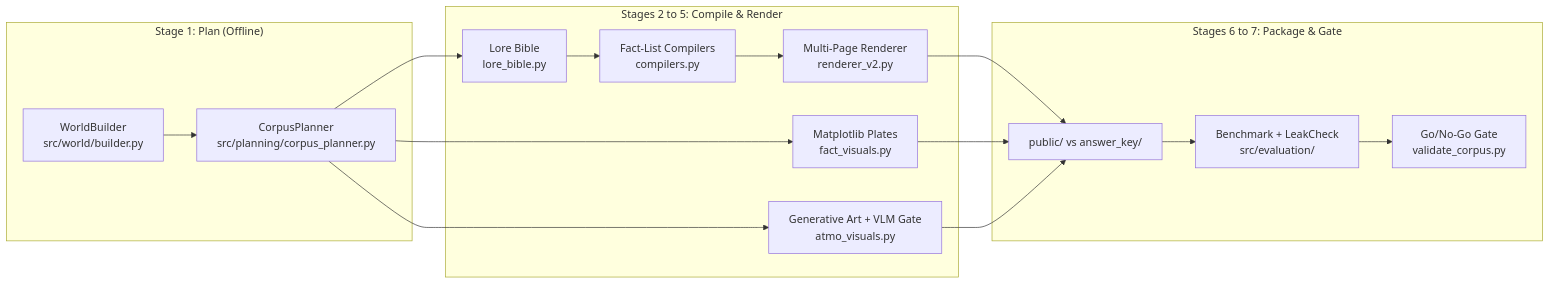
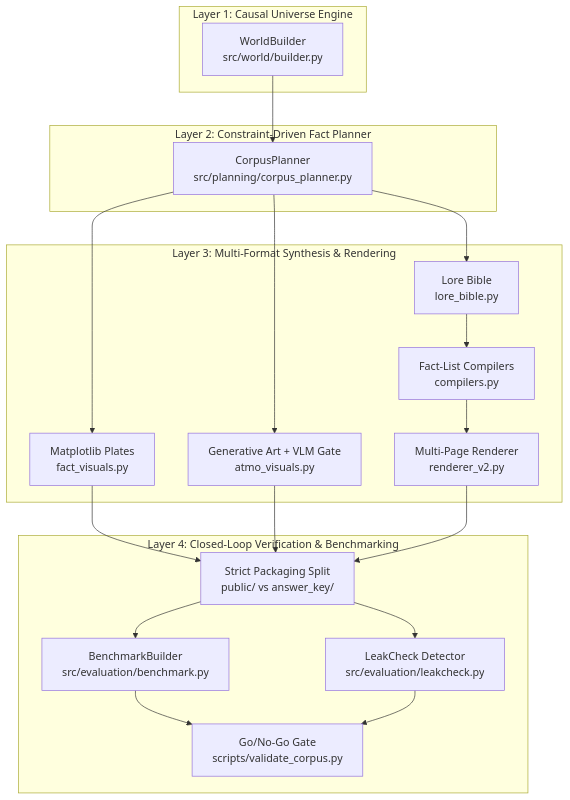
The first of 2 diagrams in README.md (NavinYP/synthlore), drawn with Mermaid before and after one commit. The commit also changed other lines of this file, not shown here.

Commit message:
docs: reframe README around Synthlore and 4-layer architecture

````diff
--- a/README.md
+++ b/README.md
@@ -31,32 +31,50 @@
 ```mermaid
-flowchart LR
-    subgraph S1["Stage 1: Plan (Offline)"]
-        WB["WorldBuilder\nsrc/world/builder.py"] --> CP["CorpusPlanner\nsrc/planning/corpus_planner.py"]
+flowchart TD
+    subgraph L1["Layer 1: Causal Universe Engine"]
+        WB["WorldBuilder\nsrc/world/builder.py"]
     end
 
-    subgraph S2["Stages 2 to 5: Compile & Render"]
-        CP --> LB["Lore Bible\nlore_bible.py"]
-        LB --> CC["Fact-List Compilers\ncompilers.py"]
-        CP --> FV["Matplotlib Plates\nfact_visuals.py"]
-        CP --> AV["Generative Art + VLM Gate\natmo_visuals.py"]
-        CC --> RV2["Multi-Page Renderer\nrenderer_v2.py"]
+    subgraph L2["Layer 2: Constraint-Driven Fact Planner"]
+        CP["CorpusPlanner\nsrc/planning/corpus_planner.py"]
     end
 
-    subgraph S3["Stages 6 to 7: Package & Gate"]
-        RV2 --> PKG["public/ vs answer_key/"]
-        FV --> PKG
-        AV --> PKG
-        PKG --> BB["Benchmark + LeakCheck\nsrc/evaluation/"]
-        BB --> VAL["Go/No-Go Gate\nvalidate_corpus.py"]
+    subgraph L3["Layer 3: Multi-Format Synthesis & Rendering"]
+        LB["Lore Bible\nlore_bible.py"]
+        CC["Fact-List Compilers\ncompilers.py"]
+        FV["Matplotlib Plates\nfact_visuals.py"]
+        AV["Generative Art + VLM Gate\natmo_visuals.py"]
+        RV2["Multi-Page Renderer\nrenderer_v2.py"]
     end
+
+    subgraph L4["Layer 4: Closed-Loop Verification & Benchmarking"]
+        PKG["Strict Packaging Split\npublic/ vs answer_key/"]
+        BB["BenchmarkBuilder\nsrc/evaluation/benchmark.py"]
+        LC["LeakCheck Detector\nsrc/evaluation/leakcheck.py"]
+        VAL["Go/No-Go Gate\nscripts/validate_corpus.py"]
+    end
+
+    WB --> CP
+    CP --> LB
+    CP --> FV
+    CP --> AV
+    LB --> CC
+    CC --> RV2
+    FV --> PKG
+    AV --> PKG
+    RV2 --> PKG
+    PKG --> BB
+    PKG --> LC
+    BB --> VAL
+    LC --> VAL
 
     click WB "https://github.com/NavinYP/synthlore/blob/main/src/world/builder.py" "Open WorldBuilder"
     click CP "https://github.com/NavinYP/synthlore/blob/main/src/planning/corpus_planner.py" "Open CorpusPlanner"
     click LB "https://github.com/NavinYP/synthlore/blob/main/src/generation/lore_bible.py" "Open LoreBible"
     click CC "https://github.com/NavinYP/synthlore/blob/main/src/generation/compilers.py" "Open Compilers"
     click FV "https://github.com/NavinYP/synthlore/blob/main/src/generation/fact_visuals.py" "Open FactVisuals"
     click AV "https://github.com/NavinYP/synthlore/blob/main/src/generation/atmo_visuals.py" "Open AtmoVisuals"
     click RV2 "https://github.com/NavinYP/synthlore/blob/main/src/generation/renderer_v2.py" "Open Renderer v2"
     click BB "https://github.com/NavinYP/synthlore/blob/main/src/evaluation/benchmark.py" "Open BenchmarkBuilder"
+    click LC "https://github.com/NavinYP/synthlore/blob/main/src/evaluation/leakcheck.py" "Open LeakCheck"
     click VAL "https://github.com/NavinYP/synthlore/blob/main/scripts/validate_corpus.py" "Open Validator"
 ```
````
